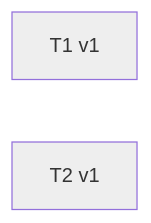
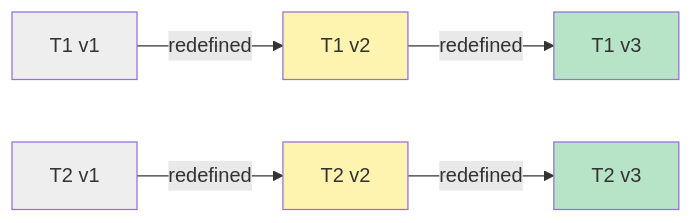
Diagram 33 of 33 in docs/specs/OVERVIEW.md (Curry09/OpenAgents), drawn with Mermaid before and after one commit. The commit also changed other lines of this file and 10 other files, not shown here.

````diff
--- a/docs/specs/OVERVIEW.md
+++ b/docs/specs/OVERVIEW.md
@@ -763,8 +763,22 @@
 ```mermaid
 graph LR
     v_T1_1["T1 v1"]
+    v_T1_2["T1 v2"]
+    v_T1_3["T1 v3"]
+    v_T1_1 -->|redefined| v_T1_2
+    v_T1_2 -->|redefined| v_T1_3
     v_T2_1["T2 v1"]
+    v_T2_2["T2 v2"]
+    v_T2_3["T2 v3"]
+    v_T2_1 -->|redefined| v_T2_2
+    v_T2_2 -->|redefined| v_T2_3
+    classDef st_done fill:#b7e4c7;
+    classDef st_in_progress fill:#fff3b0;
     classDef st_pending fill:#eeeeee;
     class v_T1_1 st_pending;
+    class v_T1_2 st_in_progress;
+    class v_T1_3 st_done;
     class v_T2_1 st_pending;
+    class v_T2_2 st_in_progress;
+    class v_T2_3 st_done;
 ```
````
